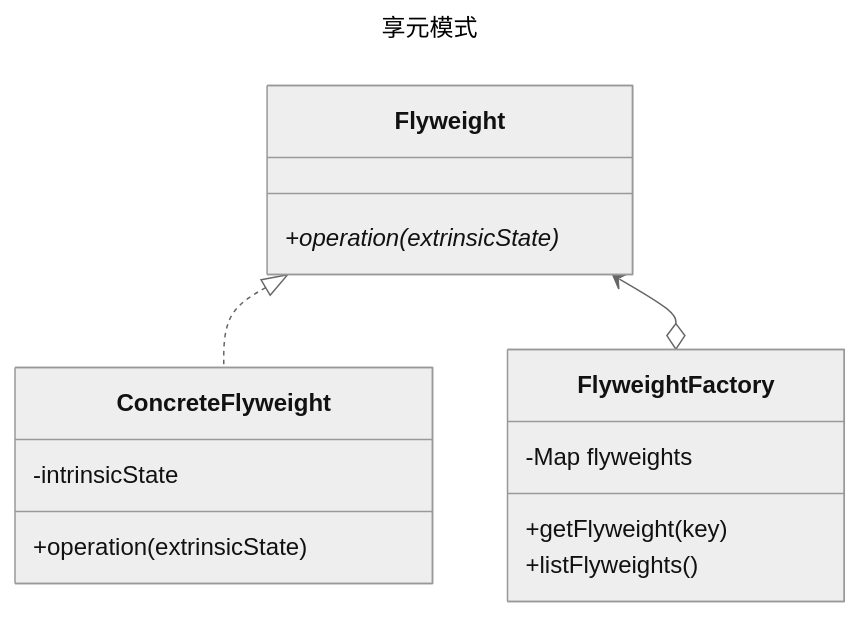
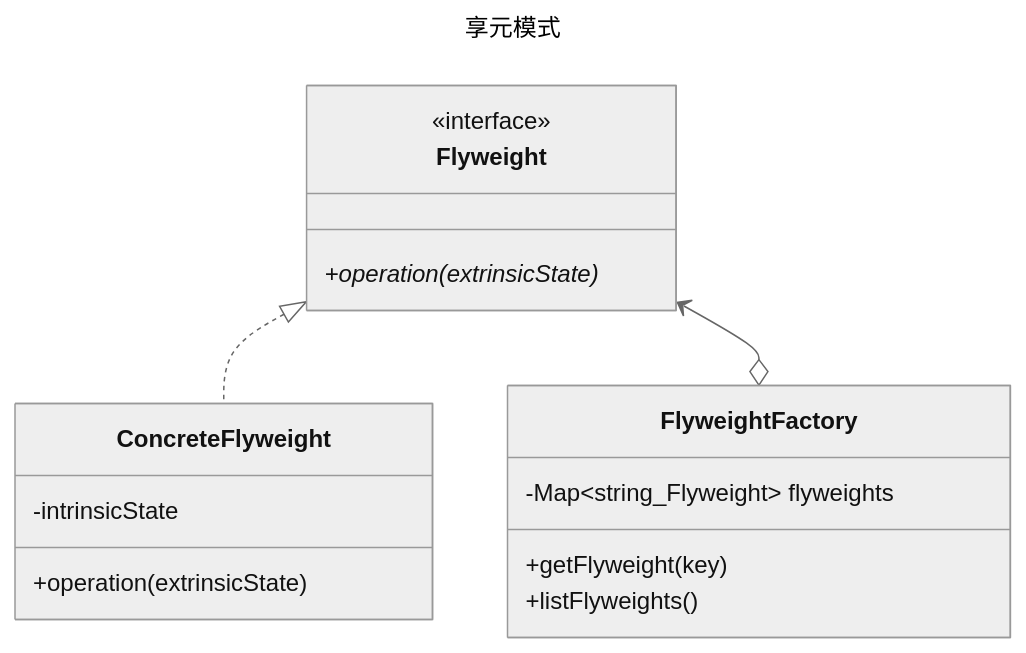
One commit to fengyun89/typescript-design-patterns changed the diagram in flyweight/README.md. Above: the diagram before and after it, drawn with Mermaid (neutral theme). The commit also changed 5 other files, not shown here.

````diff
--- a/flyweight/README.md
+++ b/flyweight/README.md
@@ -1,21 +1,22 @@
 ```mermaid
 ---
 title: 享元模式
 ---
 classDiagram
     class Flyweight {
+        <<interface>>
         +operation(extrinsicState)*
     }
     class ConcreteFlyweight {
         -intrinsicState
         +operation(extrinsicState)
     }
     class FlyweightFactory {
-        -Map flyweights
+        -Map~string_Flyweight~ flyweights
         +getFlyweight(key)
         +listFlyweights()
     }
     
     Flyweight <|.. ConcreteFlyweight
     Flyweight <--o FlyweightFactory
 ```
````
